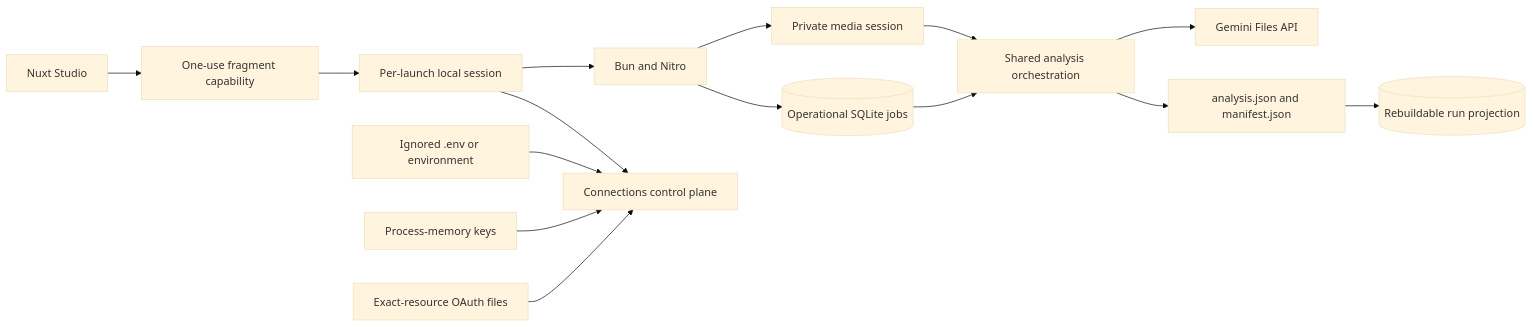
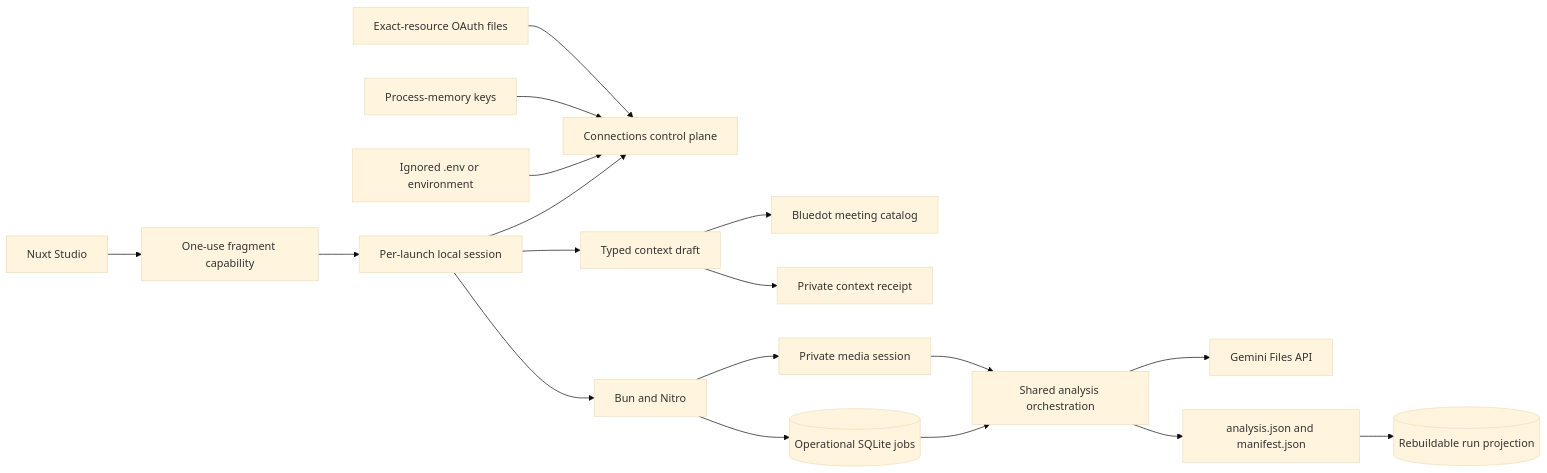
Before and after one commit to jchu96/frame-of-mind: the seventh of 8 diagrams in docs/ARCHITECTURE.md, drawn with Mermaid (base theme). The commit also changed other lines of this file and 30 other files, not shown here.

````diff
--- a/docs/ARCHITECTURE.md
+++ b/docs/ARCHITECTURE.md
@@ -612,30 +612,36 @@
 ```mermaid
 flowchart LR
     Browser[Nuxt Studio]
     Fragment[One-use fragment capability]
     Session[Per-launch local session]
     Connections[Connections control plane]
+    Context[Typed context draft]
+    Catalog[Bluedot meeting catalog]
+    ContextFile[Private context receipt]
     Environment[Ignored .env or environment]
     Memory[Process-memory keys]
     OAuth[Exact-resource OAuth files]
     Bun[Bun and Nitro]
     Media[Private media session]
     Jobs[(Operational SQLite jobs)]
     Core[Shared analysis orchestration]
     Gemini[Gemini Files API]
     Pair[analysis.json and manifest.json]
     Runs[(Rebuildable run projection)]
 
     Browser --> Fragment --> Session --> Bun
     Session --> Connections
+    Session --> Context
+    Context --> Catalog
+    Context --> ContextFile
     Environment --> Connections
     Memory --> Connections
     OAuth --> Connections
     Bun --> Media
     Bun --> Jobs
     Jobs --> Core
     Media --> Core
     Core --> Gemini
     Core --> Pair
     Pair --> Runs
 ```
````
